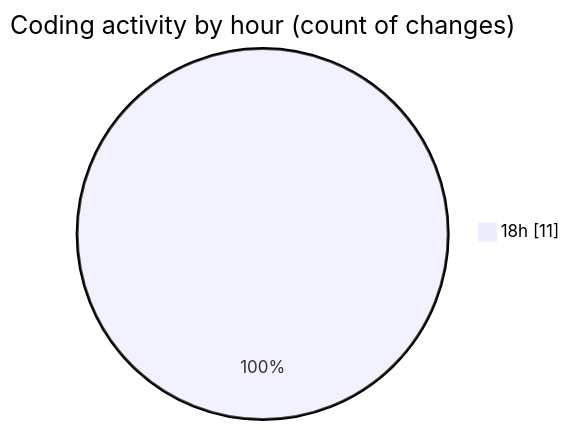
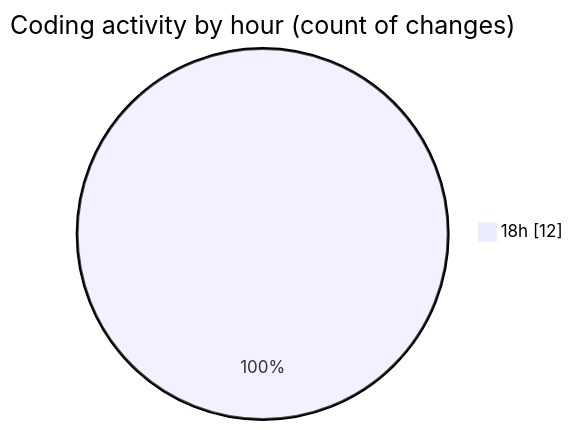
One commit to robertbonfada/code-tracking changed the second of 2 diagrams in 2025-06-22/mosaico-test-3/README.md. Above: the diagram before and after it, drawn with Mermaid. The commit also changed other lines of this file and 1 other file, not shown here.

````diff
--- a/2025-06-22/mosaico-test-3/README.md
+++ b/2025-06-22/mosaico-test-3/README.md
@@ -28,5 +28,5 @@
 ```mermaid
 pie showData
 title Coding activity by hour (count of changes)
-"18h" : 11
+"18h" : 12
 ```
````
